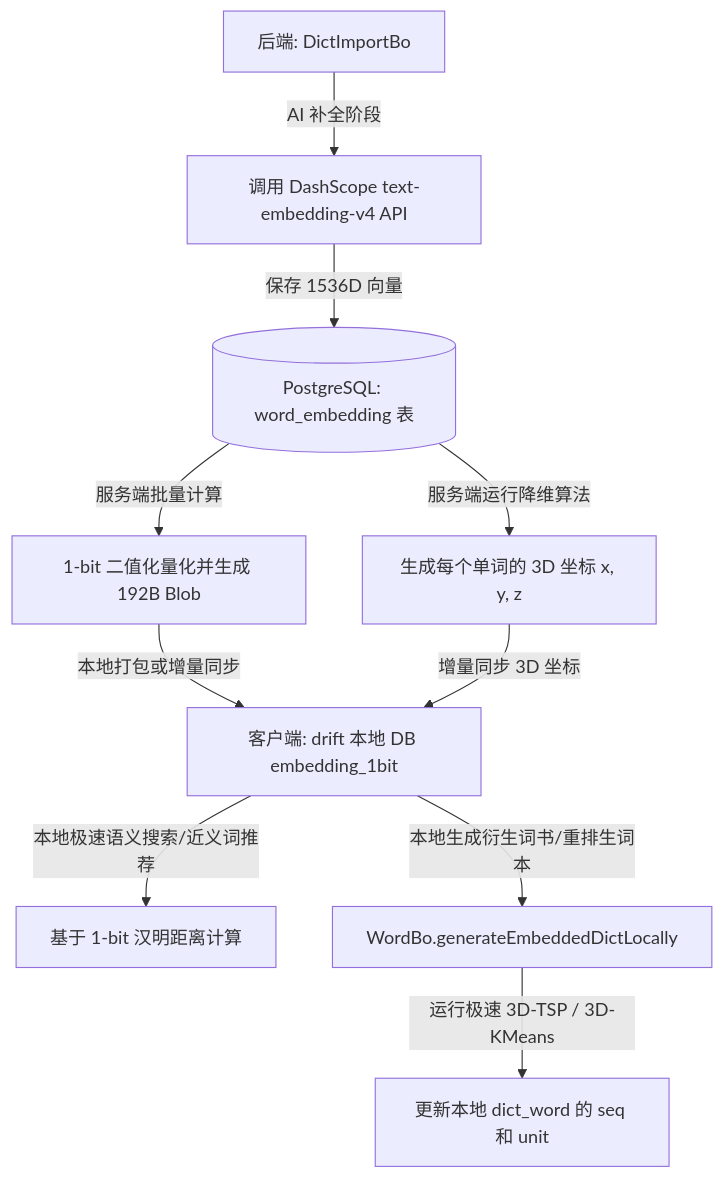
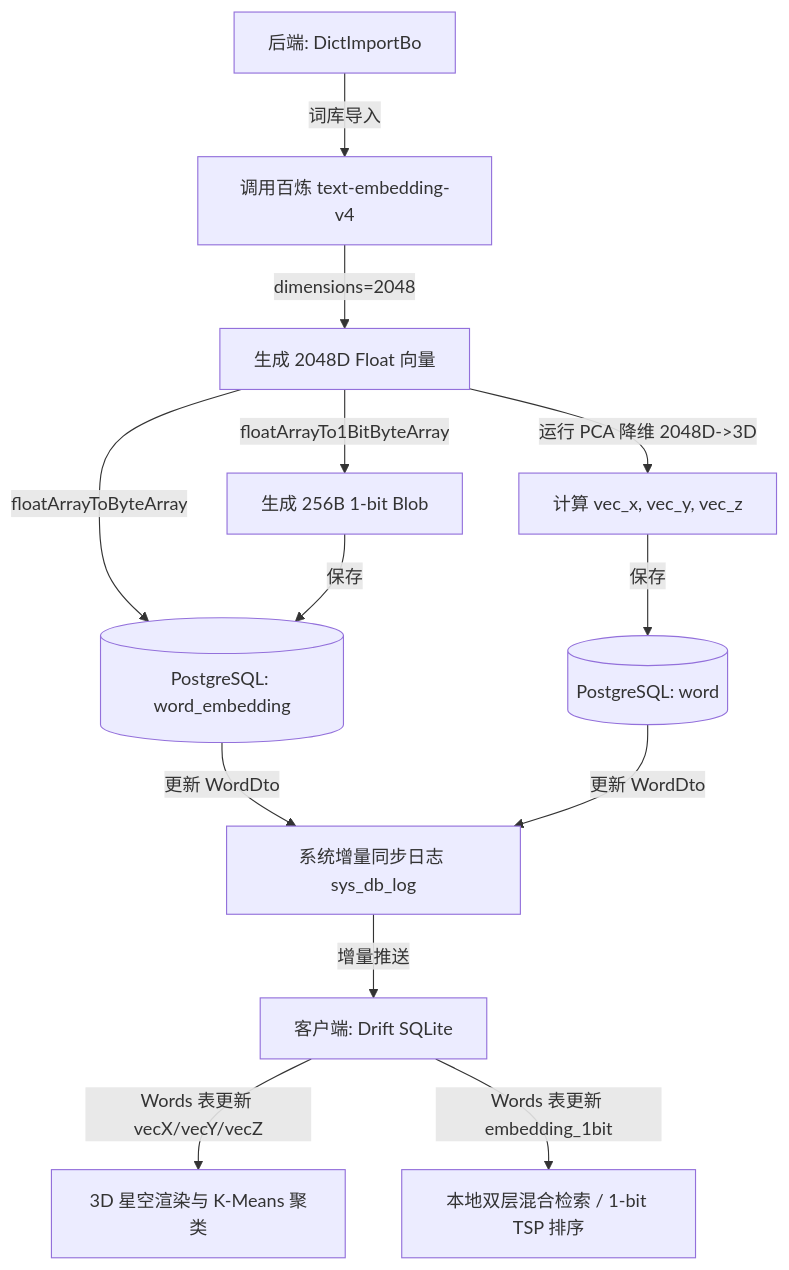
Before and after one commit to yubingma/nnbdc: the diagram in design/word_embedding_sorting_plan.md, drawn with Mermaid. The commit also changed other lines of this file, not shown here.

Commit message:
docs: update word embedding sorting plan with refined strategy

````diff
--- a/design/word_embedding_sorting_plan.md
+++ b/design/word_embedding_sorting_plan.md
@@ -198,12 +162,15 @@
 ```mermaid
 graph TD
-    A[后端: DictImportBo] -->|AI 补全阶段| B[调用 DashScope text-embedding-v4 API]
-    B -->|保存 1536D 向量| C[(PostgreSQL: word_embedding 表)]
-    C -->|服务端批量计算| G[1-bit 二值化量化并生成 192B Blob]
-    C -->|服务端运行降维算法| H[生成每个单词的 3D 坐标 x, y, z]
-    G -->|本地打包或增量同步| D[客户端: drift 本地 DB embedding_1bit]
-    H -->|增量同步 3D 坐标| D
-    D -->|本地极速语义搜索/近义词推荐| I[基于 1-bit 汉明距离计算]
-    D -->|本地生成衍生词书/重排生词本| E[WordBo.generateEmbeddedDictLocally]
-    E -->|运行极速 3D-TSP / 3D-KMeans| F[更新本地 dict_word 的 seq 和 unit]
+    A[后端: DictImportBo] -->|词库导入| B[调用百炼 text-embedding-v4]
+    B -->|dimensions=2048| C[生成 2048D Float 向量]
+    C -->|floatArrayToByteArray| D[(PostgreSQL: word_embedding)]
+    C -->|floatArrayTo1BitByteArray| E[生成 256B 1-bit Blob]
+    E -->|保存| D
+    C -->|运行 PCA 降维 2048D->3D| F[计算 vec_x, vec_y, vec_z]
+    F -->|保存| G[(PostgreSQL: word)]
+    D -->|更新 WordDto| H[系统增量同步日志 sys_db_log]
+    G -->|更新 WordDto| H
+    H -->|增量推送| I[客户端: Drift SQLite]
+    I -->|Words 表更新 vecX/vecY/vecZ| J[3D 星空渲染与 K-Means 聚类]
+    I -->|Words 表更新 embedding_1bit| K[本地双层混合检索 / 1-bit TSP 排序]
 ```
````
